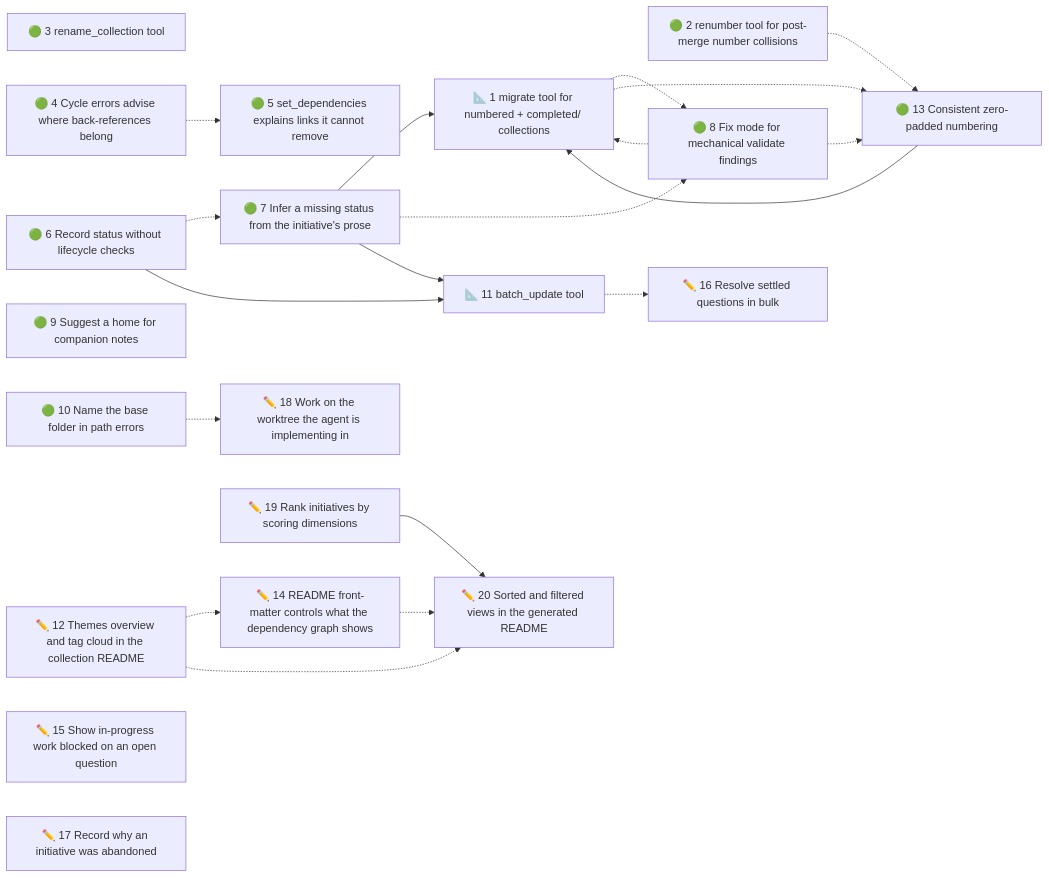
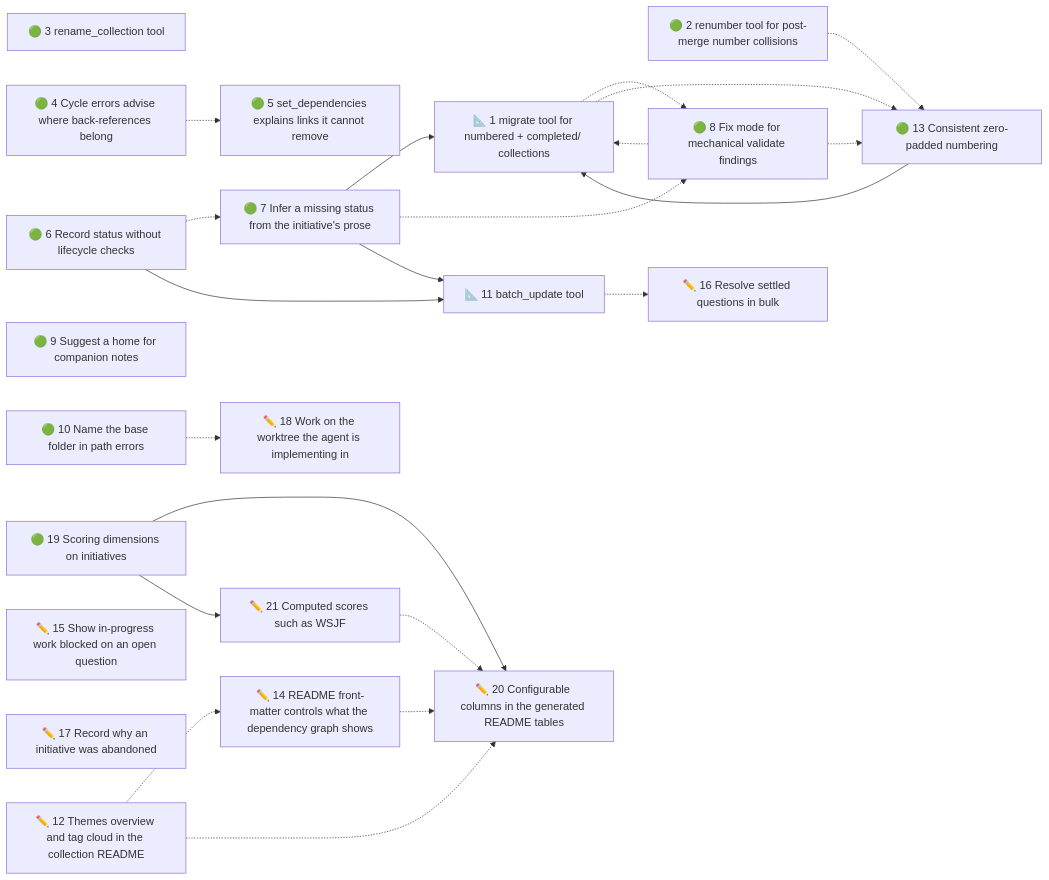
The diagram in initiatives/README.md (duckAsteroid/brindley), drawn with Mermaid before and after one commit. The commit also changed other lines of this file and 3 other files, not shown here.

First line of the commit message:
docs(initiatives): design #19 scoring dimensions, narrow #20, add #21 scores

````diff
--- a/initiatives/README.md
+++ b/initiatives/README.md
@@ -46,41 +47,44 @@
 ```mermaid
 flowchart LR
   n1["📐 1 migrate tool for numbered + completed/ collections"]
   n2["🟢 2 renumber tool for post-merge number collisions"]
   n3["🟢 3 rename_collection tool"]
   n4["🟢 4 Cycle errors advise where back-references belong"]
   n5["🟢 5 set_dependencies explains links it cannot remove"]
   n6["🟢 6 Record status without lifecycle checks"]
   n7["🟢 7 Infer a missing status from the initiative's prose"]
   n8["🟢 8 Fix mode for mechanical validate findings"]
   n9["🟢 9 Suggest a home for companion notes"]
   n10["🟢 10 Name the base folder in path errors"]
   n11["📐 11 batch_update tool"]
   n12["✏️ 12 Themes overview and tag cloud in the collection README"]
   n13["🟢 13 Consistent zero-padded numbering"]
   n14["✏️ 14 README front-matter controls what the dependency graph shows"]
   n15["✏️ 15 Show in-progress work blocked on an open question"]
   n16["✏️ 16 Resolve settled questions in bulk"]
   n17["✏️ 17 Record why an initiative was abandoned"]
   n18["✏️ 18 Work on the worktree the agent is implementing in"]
-  n19["✏️ 19 Rank initiatives by scoring dimensions"]
-  n20["✏️ 20 Sorted and filtered views in the generated README"]
+  n19["🟢 19 Scoring dimensions on initiatives"]
+  n20["✏️ 20 Configurable columns in the generated README tables"]
+  n21["✏️ 21 Computed scores such as WSJF"]
   n7 --> n1
   n13 --> n1
   n8 -.-> n1
   n4 -.-> n5
   n6 -.-> n7
   n7 -.-> n8
   n1 -.-> n8
   n6 --> n11
   n7 --> n11
   n1 -.-> n13
   n2 -.-> n13
   n8 -.-> n13
   n12 -.-> n14
   n11 -.-> n16
   n10 -.-> n18
   n19 --> n20
   n12 -.-> n20
   n14 -.-> n20
+  n21 -.-> n20
+  n19 --> n21
 ```
````
